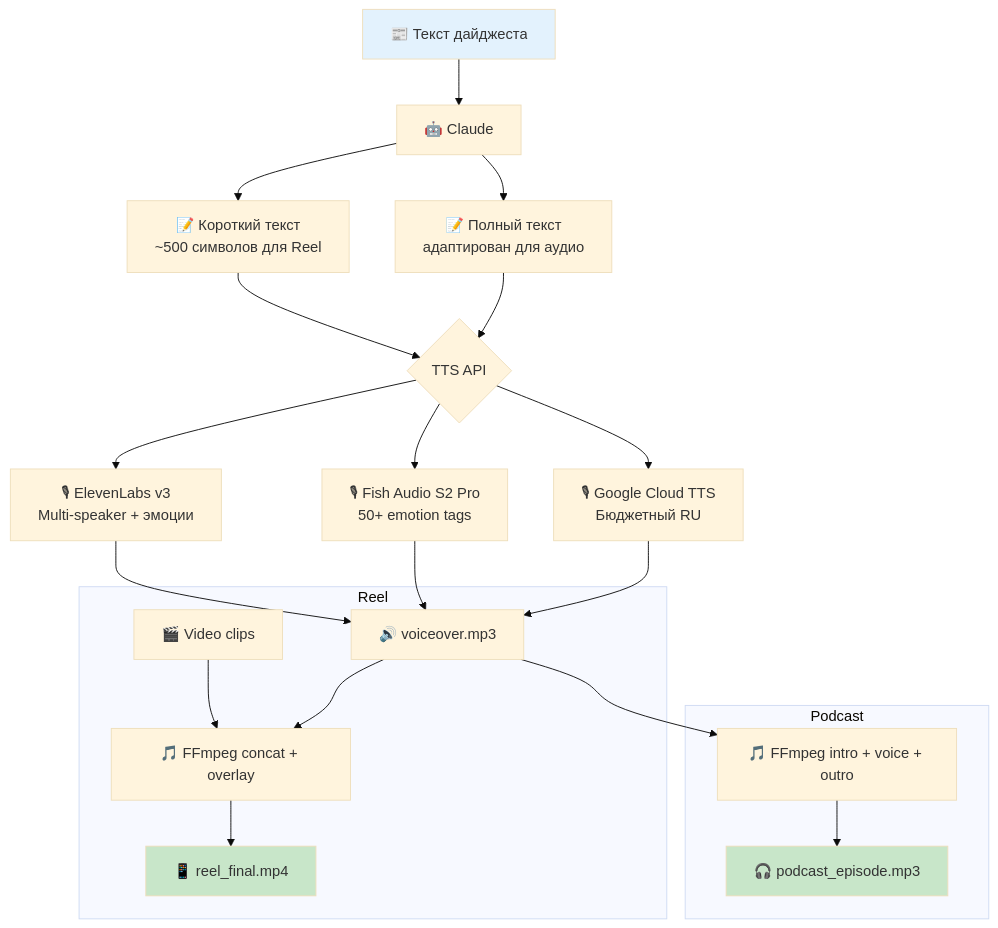
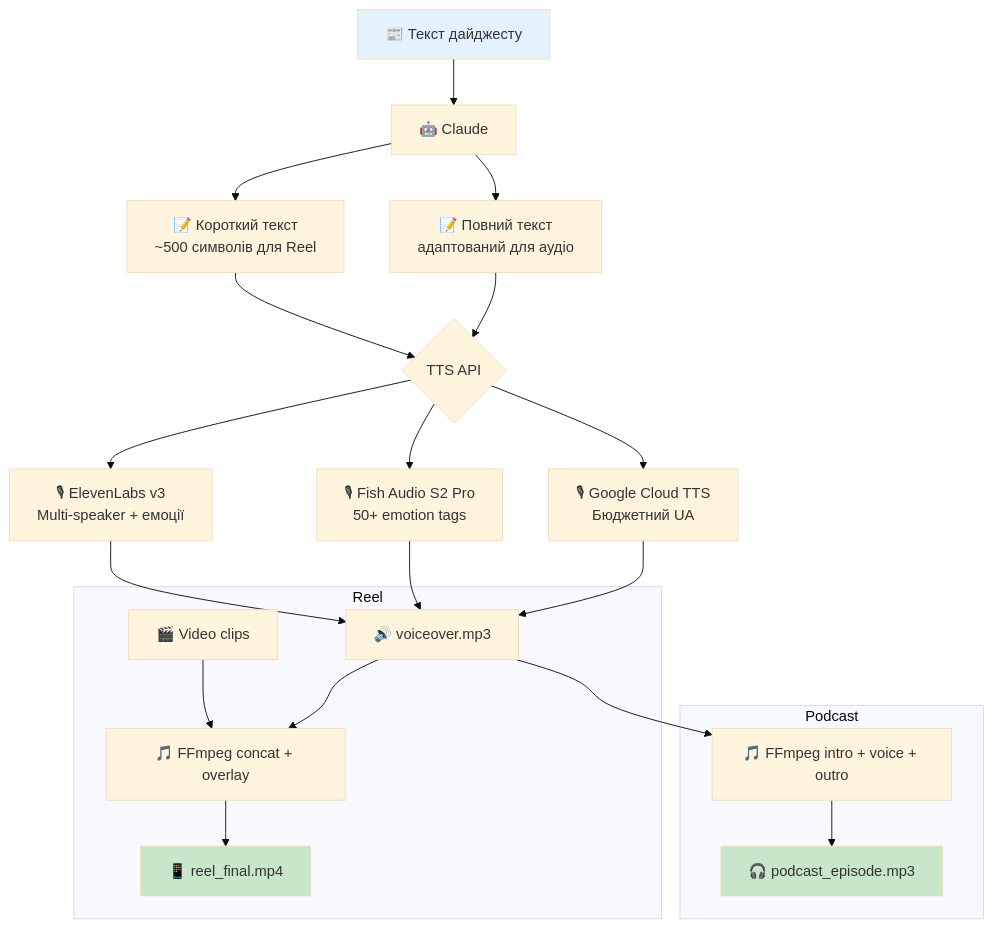
Before and after one commit to nise-ua/nise-ua-news: the diagram in news-digest-pipeline/production/audio/README.md, drawn with Mermaid (base theme). The commit also changed other lines of this file and 6 other files, not shown here.

````diff
--- a/news-digest-pipeline/production/audio/README.md
+++ b/news-digest-pipeline/production/audio/README.md
@@ -13,32 +13,32 @@
 ```mermaid
 flowchart TD
-    A[📰 Текст дайджеста] --> B[🤖 Claude]
-    B --> C1[📝 Короткий текст<br/>~500 символов для Reel]
-    B --> C2[📝 Полный текст<br/>адаптирован для аудио]
+    A[📰 Текст дайджесту] --> B[🤖 Claude]
+    B --> C1[📝 Короткий текст<br/>~500 символів для Reel]
+    B --> C2[📝 Повний текст<br/>адаптований для аудіо]
     
     C1 --> D{TTS API}
     C2 --> D
     
-    D --> D1[🎙 ElevenLabs v3<br/>Multi-speaker + эмоции]
+    D --> D1[🎙 ElevenLabs v3<br/>Multi-speaker + емоції]
     D --> D2[🎙 Fish Audio S2 Pro<br/>50+ emotion tags]
-    D --> D3[🎙 Google Cloud TTS<br/>Бюджетный RU]
+    D --> D3[🎙 Google Cloud TTS<br/>Бюджетний UA]
     
     D1 --> E[🔊 voiceover.mp3]
     D2 --> E
     D3 --> E
     
     subgraph Reel
       F[🎬 Video clips] --> G[🎵 FFmpeg concat + overlay]
       E --> G
       G --> H1[📱 reel_final.mp4]
     end
     
     subgraph Podcast
       E --> P[🎵 FFmpeg intro + voice + outro]
       P --> H2[🎧 podcast_episode.mp3]
     end
 
     style A fill:#e3f2fd
     style H1 fill:#c8e6c9
     style H2 fill:#c8e6c9
 ```
````
